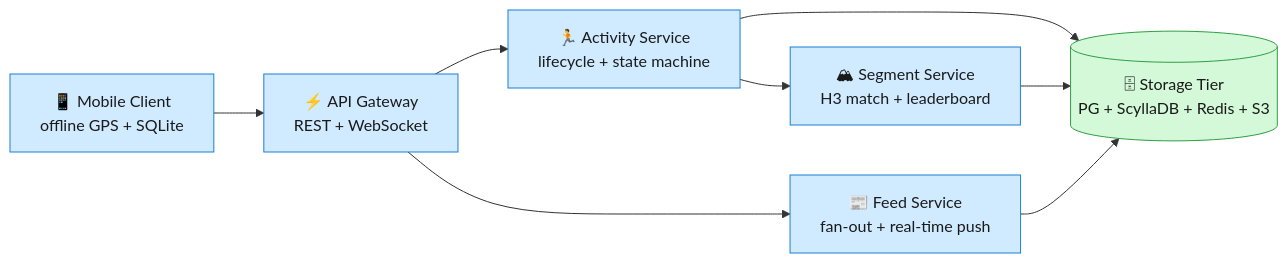
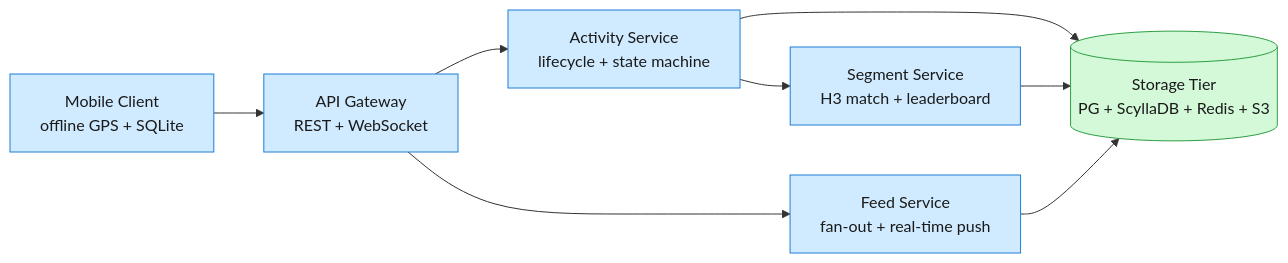
Before and after one commit to iliazlobin/iliazlobin.github.io: the first of 4 diagrams in _posts/2026-06-28-strava-system-design.md, drawn with Mermaid. The commit also changed other lines of this file and 1 other file, not shown here.

First line of the commit message:
fix: normalize Jekyll markdown so Mermaid diagrams render (#22)

````diff
--- a/_posts/2026-06-28-strava-system-design.md
+++ b/_posts/2026-06-28-strava-system-design.md
@@ -13,24 +13,22 @@
 ```mermaid
-
 graph LR
-    Mobile["📱 Mobile Client<br/>offline GPS + SQLite"]
-    Gateway["⚡ API Gateway<br/>REST + WebSocket"]
-    ActivitySvc["🏃 Activity Service<br/>lifecycle + state machine"]
-    SegmentSvc["🏔 Segment Service<br/>H3 match + leaderboard"]
-    FeedSvc["📰 Feed Service<br/>fan-out + real-time push"]
-    Stores[("🗄 Storage Tier<br/>PG + ScyllaDB + Redis + S3")]
+    Mobile["Mobile Client<br/>offline GPS + SQLite"]
+    Gateway["API Gateway<br/>REST + WebSocket"]
+    ActivitySvc["Activity Service<br/>lifecycle + state machine"]
+    SegmentSvc["Segment Service<br/>H3 match + leaderboard"]
+    FeedSvc["Feed Service<br/>fan-out + real-time push"]
+    Stores[(" Storage Tier<br/>PG + ScyllaDB + Redis + S3")]
 
     Mobile --> Gateway
     Gateway --> ActivitySvc
     Gateway --> FeedSvc
     ActivitySvc --> SegmentSvc
     ActivitySvc --> Stores
     SegmentSvc --> Stores
     FeedSvc --> Stores
 
     classDef svc fill:#d0ebff,stroke:#1c7ed6,color:#1a1a1a;
     classDef store fill:#d3f9d8,stroke:#2f9e44,color:#1a1a1a;
     class Mobile,Gateway,ActivitySvc,SegmentSvc,FeedSvc svc;
     class Stores store;
-
 ```
````
